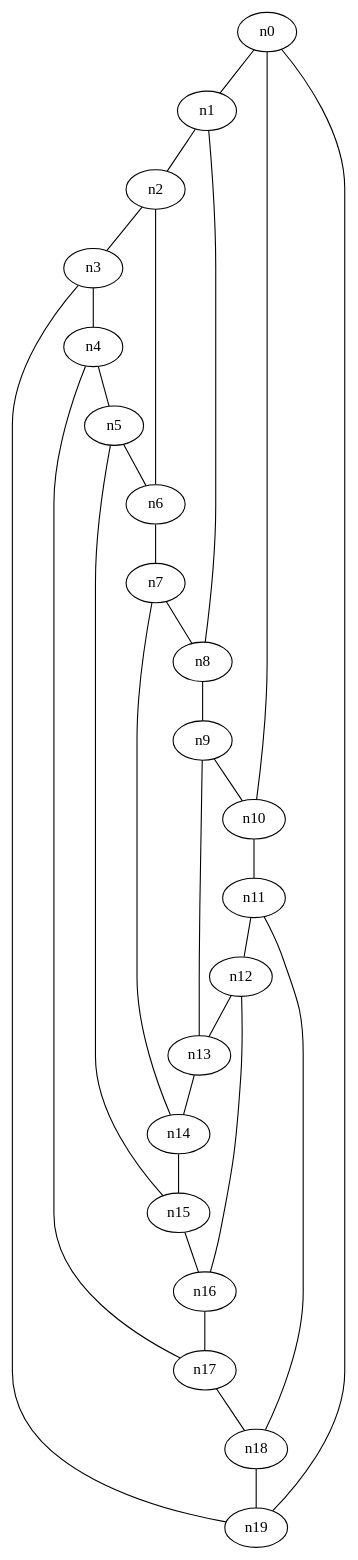
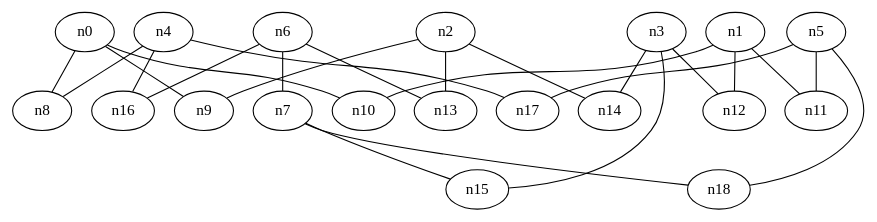
The diagram in outputs/final_run_2.dot (brendonu/spherical-mds), drawn with Graphviz before and after one commit. The commit also changed 72 other files, not shown here.

```diff
--- a/outputs/final_run_2.dot
+++ b/outputs/final_run_2.dot
@@ -1,76 +1,67 @@
 strict graph "" {
 	graph [edge_default="{}",
 		node_default="{}"
 	];
 	node [label="\N"];
-	n0	[dim3pos="-0.13523090417032665,-0.20322418960525662,0.9697486949290329",
-		pos="0.24659712549641624,4.125244957678257"];
-	n1	[dim3pos="0.025282730131136574,0.3984010677776652,0.9168627883989688",
-		pos="-0.4106468553188494,4.649013467319847"];
-	n0 -- n1	[id=e0];
-	n10	[dim3pos="-0.010935813767505102,-0.790095616039078,0.6128860624072573",
-		pos="-11.65528217910746,4.698548737157932"];
+	n0	[dim3pos="-0.25081283221720874,0.8147666957882238,-0.5227314364274664",
+		pos="8.404033489608471,8.152609932305992"];
+	n8	[dim3pos="0.0804163348245287,-0.35570430553702587,0.9311324611008959",
+		pos="0.3732903457338958,11.217912988908639"];
+	n0 -- n8	[id=e0];
+	n9	[dim3pos="-0.7648709689993809,0.09443485717523481,-0.6372240253884351",
+		pos="-4.0214980897358545,3.01874924698203"];
+	n0 -- n9	[id=e1];
+	n10	[dim3pos="0.787454943938012,0.38093347269117767,-0.4845661984198054",
+		pos="8.3598488211789,0.4505655088012891"];
 	n0 -- n10	[id=e2];
-	n19	[dim3pos="0.15474451404455455,0.029312771408725662,-0.9875195678088887",
-		pos="9.266623105417247,12.753579357262687"];
-	n0 -- n19	[id=e1];
-	n2	[dim3pos="-0.5401282930473656,-0.7308490132625899,-0.4172782607120072",
-		pos="10.565125975635377,-5.348840159314707"];
-	n1 -- n2	[id=e3];
-	n8	[dim3pos="-0.14477873549916856,0.1876453538097684,0.9715082804283598",
-		pos="6.043902823980545,-7.196827360638521"];
-	n1 -- n8	[id=e4];
-	n3	[dim3pos="-0.5334228545494634,0.10864349217667316,-0.8388424463818931",
-		pos="-2.5659496594481808,-0.200924169516933"];
-	n2 -- n3	[id=e5];
-	n6	[dim3pos="-0.7085893260812696,-0.6699110524071917,0.22163110978917427",
-		pos="-1.3473094642710943,0.7573472980764986"];
-	n2 -- n6	[id=e6];
-	n4	[dim3pos="-0.20525065323405609,0.3332432741421617,-0.9202288245789768",
-		pos="-2.7394610704688027,11.54761631961526"];
-	n3 -- n4	[id=e7];
-	n3 -- n19	[id=e8];
-	n5	[dim3pos="-0.3502966329522029,0.7533083560334942,-0.5566136808168336",
-		pos="16.688455501276735,5.147655655021939"];
-	n4 -- n5	[id=e9];
-	n17	[dim3pos="-0.13883202182559629,0.16183585925483213,0.9770029807401138",
-		pos="12.781245962641144,14.84620474011503"];
-	n4 -- n17	[id=e10];
-	n5 -- n6	[id=e11];
-	n15	[dim3pos="0.6646943036497087,0.08166018427025734,0.7426392778466384",
-		pos="-0.7337934982718233,3.2638338569082457"];
-	n5 -- n15	[id=e12];
-	n7	[dim3pos="-0.520895113741791,0.570223805337965,0.6352268038313694",
-		pos="5.400691128439618,-0.8305766719979378"];
-	n6 -- n7	[id=e13];
-	n7 -- n8	[id=e14];
-	n14	[dim3pos="0.24191348782183045,0.5527779750597926,0.797442395849802",
-		pos="11.918618864463891,10.583052819466"];
-	n7 -- n14	[id=e15];
-	n9	[dim3pos="0.16458742854043956,-0.3444668671760215,0.9242583815061581",
-		pos="0.39170791553035,-1.125063181836365"];
-	n8 -- n9	[id=e16];
-	n9 -- n10	[id=e17];
-	n13	[dim3pos="0.04442074647831781,0.15747143573673864,-0.9865239704180123",
-		pos="2.977236904966075,1.295852802196318"];
-	n9 -- n13	[id=e18];
-	n11	[dim3pos="0.9468223958295102,0.14674406308544571,-0.28634512516339594",
-		pos="1.861206372837762,0.15376247099981546"];
-	n10 -- n11	[id=e19];
-	n12	[dim3pos="0.5054829765520269,0.27751498026927857,-0.816989838457153",
-		pos="-3.7562174983056593,6.7852677759682765"];
-	n11 -- n12	[id=e20];
-	n18	[dim3pos="-0.5891844633709916,0.31415225703974153,0.7444259718192755",
-		pos="7.0143069086625065,2.6517403271547333"];
-	n11 -- n18	[id=e21];
-	n12 -- n13	[id=e22];
-	n16	[dim3pos="-0.05413634457462865,0.009011817736888026,0.9984928859722407",
-		pos="6.338094190712693,-3.3065453085529666"];
-	n12 -- n16	[id=e23];
-	n13 -- n14	[id=e24];
-	n14 -- n15	[id=e25];
-	n15 -- n16	[id=e26];
-	n16 -- n17	[id=e27];
-	n17 -- n18	[id=e28];
-	n18 -- n19	[id=e29];
+	n1	[dim3pos="0.5081777526826422,-0.10446209179758659,-0.8548935858080186",
+		pos="-16.253413904525754,-0.20273797853936346"];
+	n1 -- n10	[id=e14];
+	n11	[dim3pos="-0.03843713869219376,-0.003880529258774616,-0.9992534852888074",
+		pos="-9.386135817702796,6.3838021939739615"];
+	n1 -- n11	[id=e3];
+	n12	[dim3pos="0.22671443140826858,-0.29094639714577714,-0.9294895161211434",
+		pos="-3.5193625514865774,5.374336936963795"];
+	n1 -- n12	[id=e4];
+	n2	[dim3pos="0.34538187856314406,0.15236610368662537,0.9260107604167189",
+		pos="12.953462548308918,0.41547208998205837"];
+	n2 -- n9	[id=e13];
+	n13	[dim3pos="0.2098753278637135,0.04596025694480124,-0.976647327102095",
+		pos="9.641314952612163,3.3571778309883027"];
+	n2 -- n13	[id=e5];
+	n14	[dim3pos="-0.1602719077100171,-0.30109576571788416,-0.9400288588472977",
+		pos="-3.4896740782243154,-2.0599452683393356"];
+	n2 -- n14	[id=e6];
+	n3	[dim3pos="0.004630226192491365,-0.06572086868929748,-0.997827303907911",
+		pos="3.075661123707632,-1.5004596416989686"];
+	n3 -- n12	[id=e16];
+	n3 -- n14	[id=e18];
+	n15	[dim3pos="-0.004373687120265152,-0.5369400625204922,0.8436090564482247",
+		pos="5.716358437105085,1.5626509290170436"];
+	n3 -- n15	[id=e7];
+	n4	[dim3pos="-0.04819936442246068,0.26187641235014303,0.9638970722664784",
+		pos="-6.552711857466549,4.894405761655152"];
+	n4 -- n8	[id=e12];
+	n16	[dim3pos="0.41403175558956595,-0.4336317246598751,-0.8003381989708627",
+		pos="-15.065026036108474,8.616261569853542"];
+	n4 -- n16	[id=e8];
+	n17	[dim3pos="0.1954026968616754,0.40447689399351516,0.8934294758314967",
+		pos="12.100496999680484,-2.020832577514157"];
+	n4 -- n17	[id=e9];
+	n5	[dim3pos="0.523203710414327,0.23502852327525026,0.8191577812947493",
+		pos="-6.894040543141858,9.84697502151818"];
+	n5 -- n11	[id=e15];
+	n5 -- n17	[id=e21];
+	n18	[dim3pos="-0.9178299598285105,0.0872931584412519,-0.3872571101097374",
+		pos="-1.9684510280466687,-0.09482298042445253"];
+	n5 -- n18	[id=e10];
+	n6	[dim3pos="-0.739243230233147,-0.017502029772847292,0.6732110556937495",
+		pos="-7.115438893517854,0.023671181546779496"];
+	n7	[dim3pos="0.330616425403178,0.8572615927056091,-0.39470918525601506",
+		pos="-14.542918256958794,4.3443004695473775"];
+	n6 -- n7	[id=e11];
+	n6 -- n13	[id=e17];
+	n6 -- n16	[id=e20];
+	n7 -- n15	[id=e19];
+	n7 -- n18	[id=e22];
 }
```
